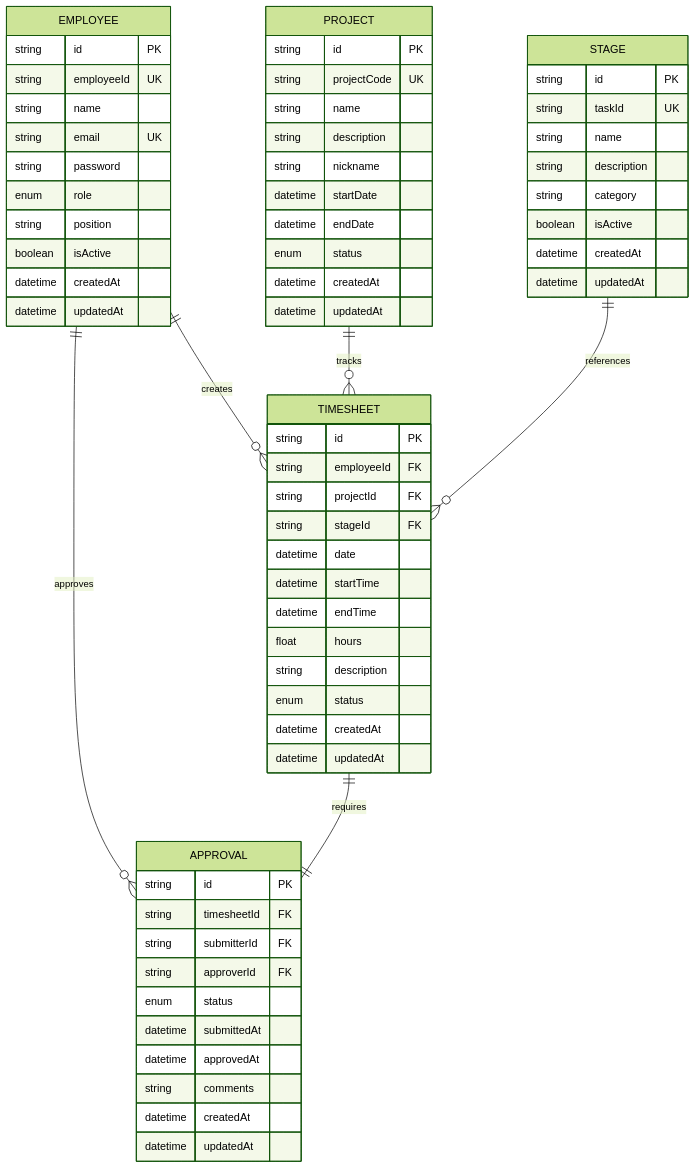
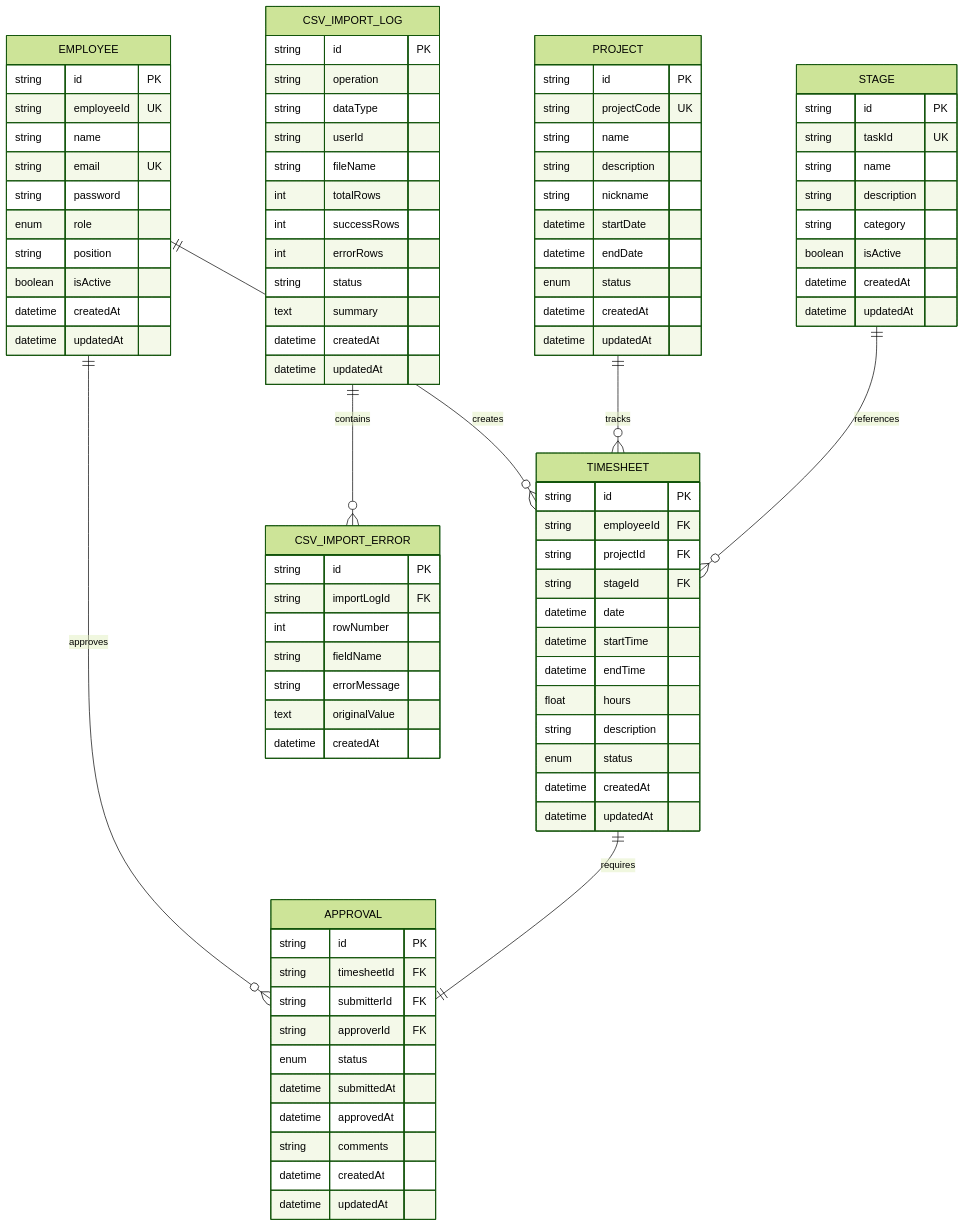
Before and after one commit to gearzhan/PRMKit: the third of 3 diagrams in .trae/documents/PRMKit技术架构文档.md, drawn with Mermaid (forest theme). The commit also changed other lines of this file and 18 other files, not shown here.

First line of the commit message:
feat: Complete PRMKit development with three-level permission system and CSV import/export

```diff
--- a/.trae/documents/PRMKit技术架构文档.md
+++ b/.trae/documents/PRMKit技术架构文档.md
@@ -400,6 +434,7 @@
     PROJECT ||--o{ TIMESHEET : tracks
     STAGE ||--o{ TIMESHEET : references
     TIMESHEET ||--|| APPROVAL : requires
+    CSV_IMPORT_LOG ||--o{ CSV_IMPORT_ERROR : contains
     
     EMPLOYEE {
         string id PK
@@ -455,6 +490,31 @@
         datetime updatedAt
     }
     
+    CSV_IMPORT_LOG {
+        string id PK
+        string operation
+        string dataType
+        string userId
+        string fileName
+        int totalRows
+        int successRows
+        int errorRows
+        string status
+        text summary
+        datetime createdAt
+        datetime updatedAt
+    }
+    
+    CSV_IMPORT_ERROR {
+        string id PK
+        string importLogId FK
+        int rowNumber
+        string fieldName
+        string errorMessage
+        text originalValue
+        datetime createdAt
+    }
+    
     STAGE {
         string id PK
         string taskId UK
```
